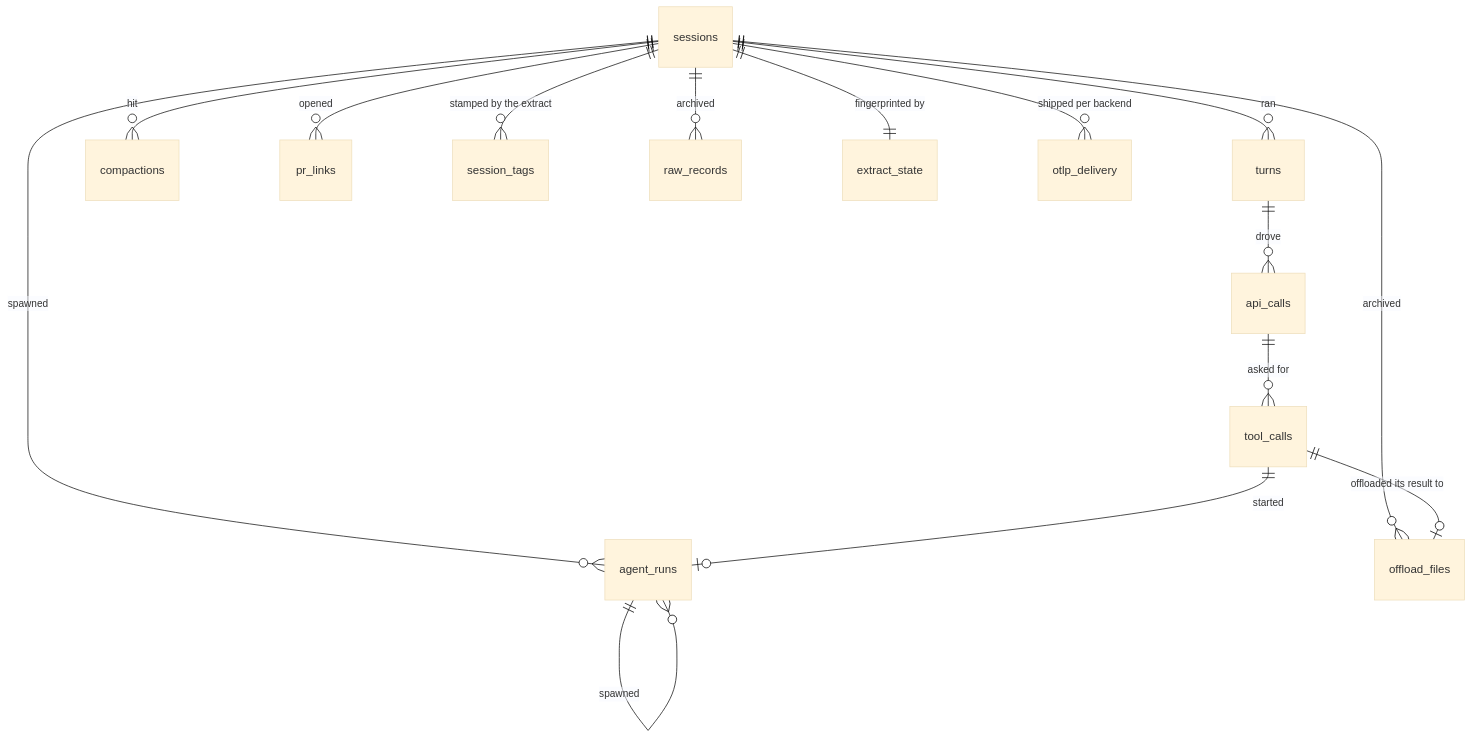
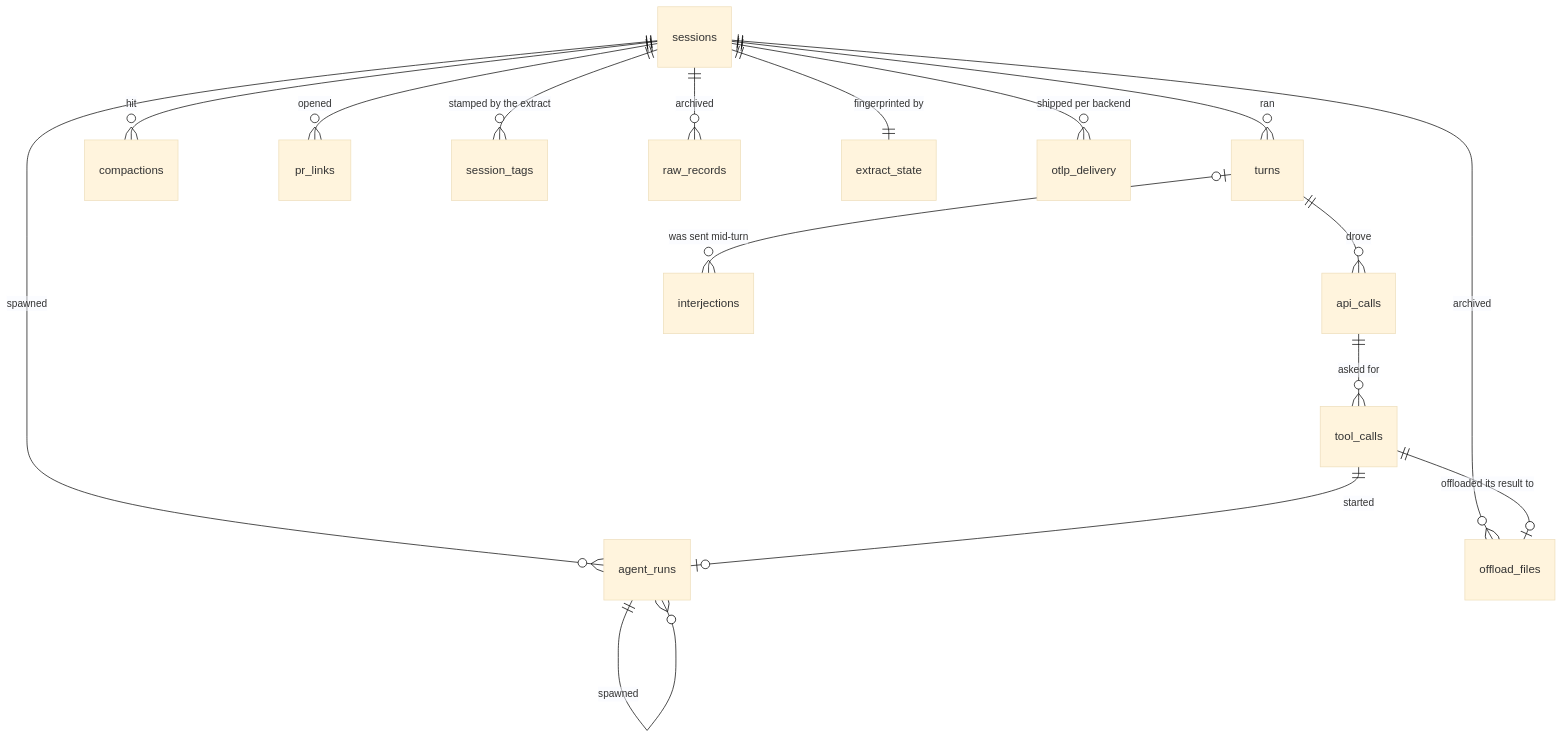
The diagram in docs/store.md (nathanielobrown/hyphae), drawn with Mermaid (base theme) before and after one commit. The commit also changed 53 other files, not shown here.

Commit message:
🗂️ Store every mid-turn message as an interjection under the turn it interrupted (#84)

````diff
--- a/docs/store.md
+++ b/docs/store.md
@@ -17,17 +17,18 @@
 ```mermaid
 erDiagram
     sessions ||--o{ turns : "ran"
     sessions ||--o{ agent_runs : "spawned"
     sessions ||--o{ compactions : "hit"
     sessions ||--o{ pr_links : "opened"
     sessions ||--o{ session_tags : "stamped by the extract"
     sessions ||--o{ raw_records : "archived"
     sessions ||--o{ offload_files : "archived"
     sessions ||--|| extract_state : "fingerprinted by"
     sessions ||--o{ otlp_delivery : "shipped per backend"
     turns ||--o{ api_calls : "drove"
+    turns |o--o{ interjections : "was sent mid-turn"
     api_calls ||--o{ tool_calls : "asked for"
     tool_calls ||--o| agent_runs : "started"
     tool_calls ||--o| offload_files : "offloaded its result to"
     agent_runs ||--o{ agent_runs : "spawned"
 ```
````
